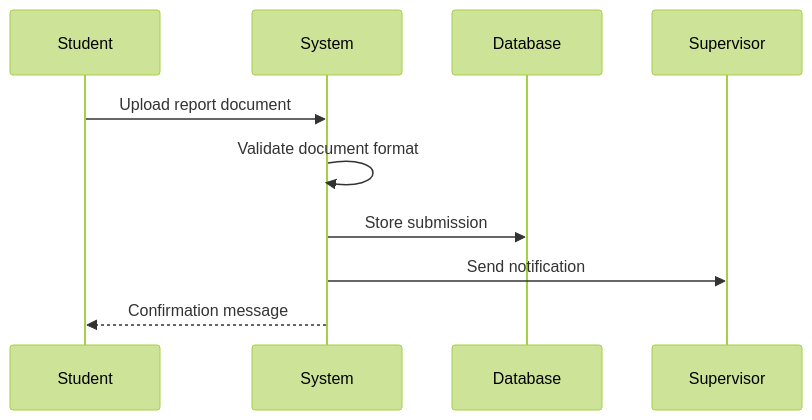
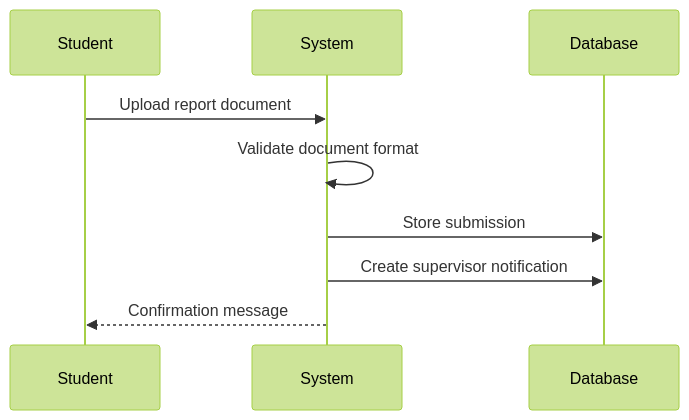
Before and after one commit to abdullah2323442/thesisrepo-backup: the third of 16 diagrams in sequence.md, drawn with Mermaid (forest theme). The commit also changed other lines of this file, not shown here.

Commit message:
refactor(sequence-diagrams): Enhance student notification processes in report submission and management workflows

````diff
--- a/sequence.md
+++ b/sequence.md
@@ -63,13 +63,12 @@
 ```mermaid
 sequenceDiagram
     participant Student
     participant System
     participant Database
-    participant Supervisor
 
     Student->>System: Upload report document
     System->>System: Validate document format
     System->>Database: Store submission
-    System->>Supervisor: Send notification
+    System->>Database: Create supervisor notification
     System-->>Student: Confirmation message
 ```
````
